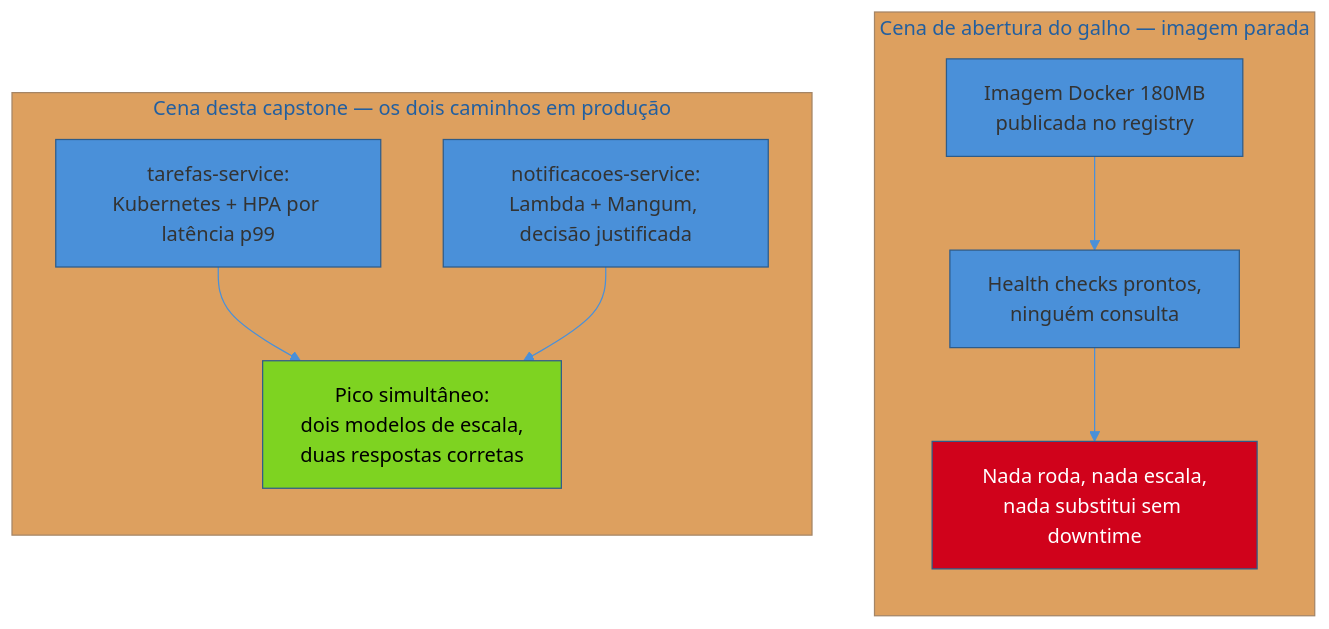
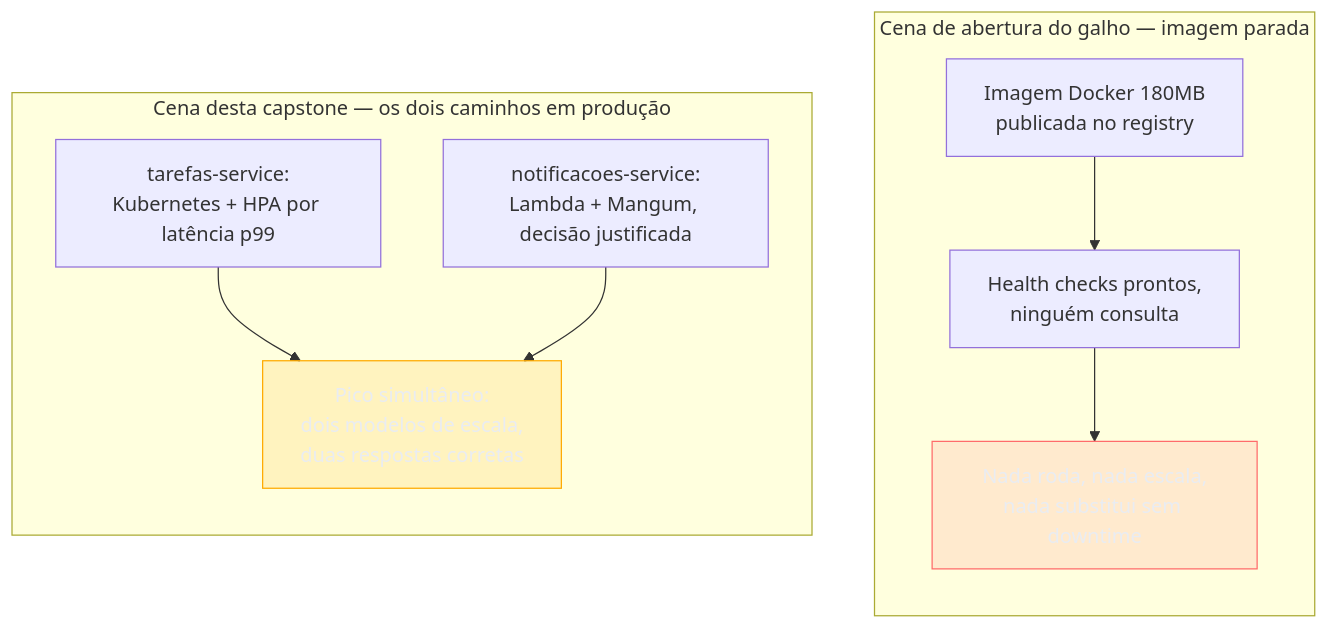
One commit to josenaldo/codex-technomanticus changed the first of 3 diagrams in 03-Dominios/Tecnologia/Python/Cloud-native e produção/08 - Capstone — os dois serviços em produção de verdade.md. Above: the diagram before and after it, drawn with Mermaid. The commit also changed other lines of this file and 1181 other files, not shown here.

First line of the commit message:
fix(diagramas): paleta do sistema no lugar de cor cravada no markdown

````diff
--- a/03-Dominios/Tecnologia/Python/Cloud-native e produção/08 - Capstone — os dois serviços em produção de verdade.md
+++ b/03-Dominios/Tecnologia/Python/Cloud-native e produção/08 - Capstone — os dois serviços em produção de verdade.md
@@ -32,23 +32,24 @@
 ```mermaid
-%%{init: {"theme": "base", "themeVariables": {"primaryColor": "#4A90D9", "primaryBorderColor": "#2E5C8A", "lineColor": "#4A90D9"}}}%%
 flowchart TB
+    classDef falha fill:#FF6B6B24,stroke:#FF6B6B,color:#E9ECF2
+    classDef destaque fill:#FFAA0024,stroke:#FFAA00,color:#E9ECF2
     subgraph Antes["Cena de abertura do galho — imagem parada"]
         direction TB
         A1["Imagem Docker 180MB<br/>publicada no registry"]
         A2["Health checks prontos,<br/>ninguém consulta"]
         A3["Nada roda, nada escala,<br/>nada substitui sem downtime"]
         A1 --> A2 --> A3
     end
 
     subgraph Depois["Cena desta capstone — os dois caminhos em produção"]
         direction TB
         D1["tarefas-service:<br/>Kubernetes + HPA por latência p99"]
         D2["notificacoes-service:<br/>Lambda + Mangum, decisão justificada"]
         D3["Pico simultâneo:<br/>dois modelos de escala,<br/>duas respostas corretas"]
         D1 --> D3
         D2 --> D3
     end
 
-    style A3 fill:#D0021B,color:#fff
-    style D3 fill:#7ED321,color:#000
+    class A3 falha
+    class D3 destaque
 ```
````
